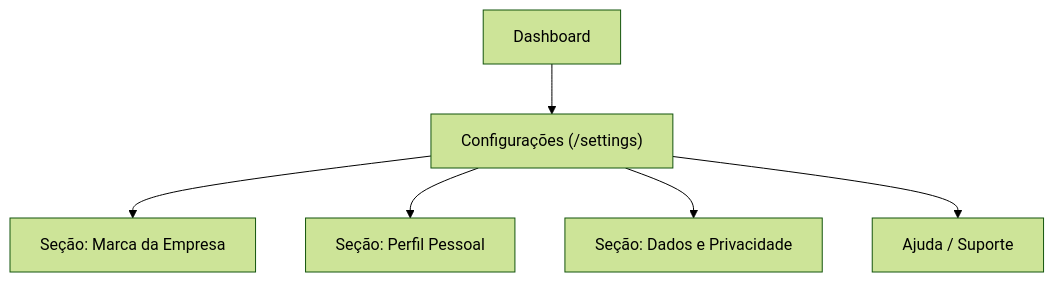
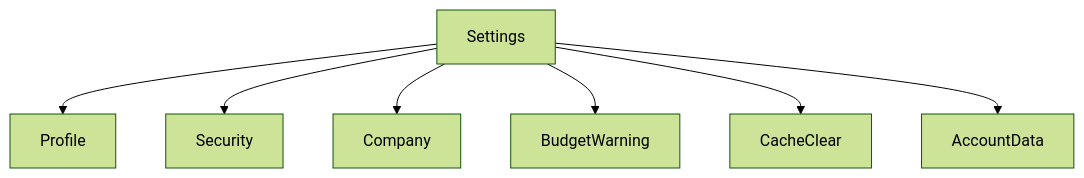
One commit to kuky13/onedro changed the diagram in .trae/documents/prd-redesign-settings.md. Above: the diagram before and after it, drawn with Mermaid (forest theme). The commit also changed other lines of this file and 15 other files, not shown here.

````diff
--- a/.trae/documents/prd-redesign-settings.md
+++ b/.trae/documents/prd-redesign-settings.md
@@ -32,8 +40,9 @@
 ```mermaid
 graph TD
-  A["Dashboard"] --> B["Configurações (/settings)"]
-  B --> C["Seção: Marca da Empresa"]
-  B --> D["Seção: Perfil Pessoal"]
-  B --> E["Seção: Dados e Privacidade"]
-  B --> F["Ajuda / Suporte"]
+  A["Settings"] --> B["Profile"]
+  A --> C["Security"]
+  A --> D["Company"]
+  A --> E["BudgetWarning"]
+  A --> F["CacheClear"]
+  A --> G["AccountData"]
 ```
````
